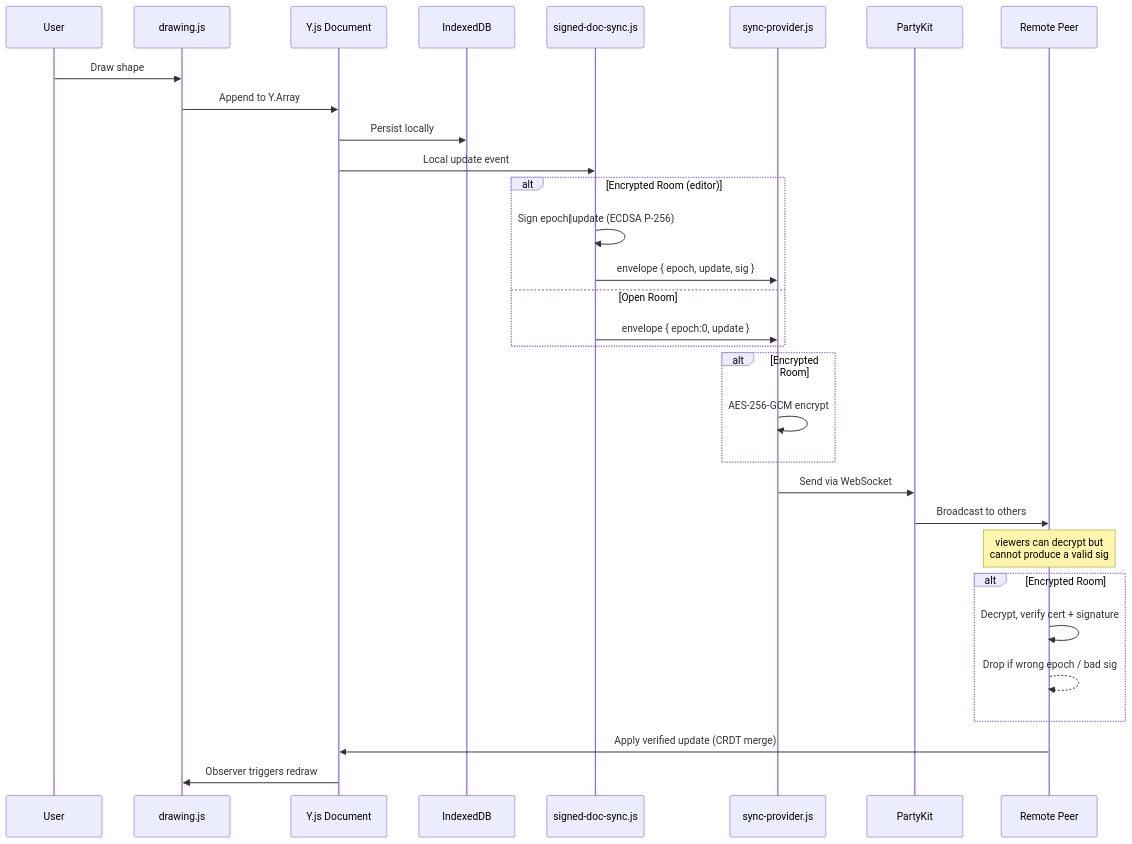
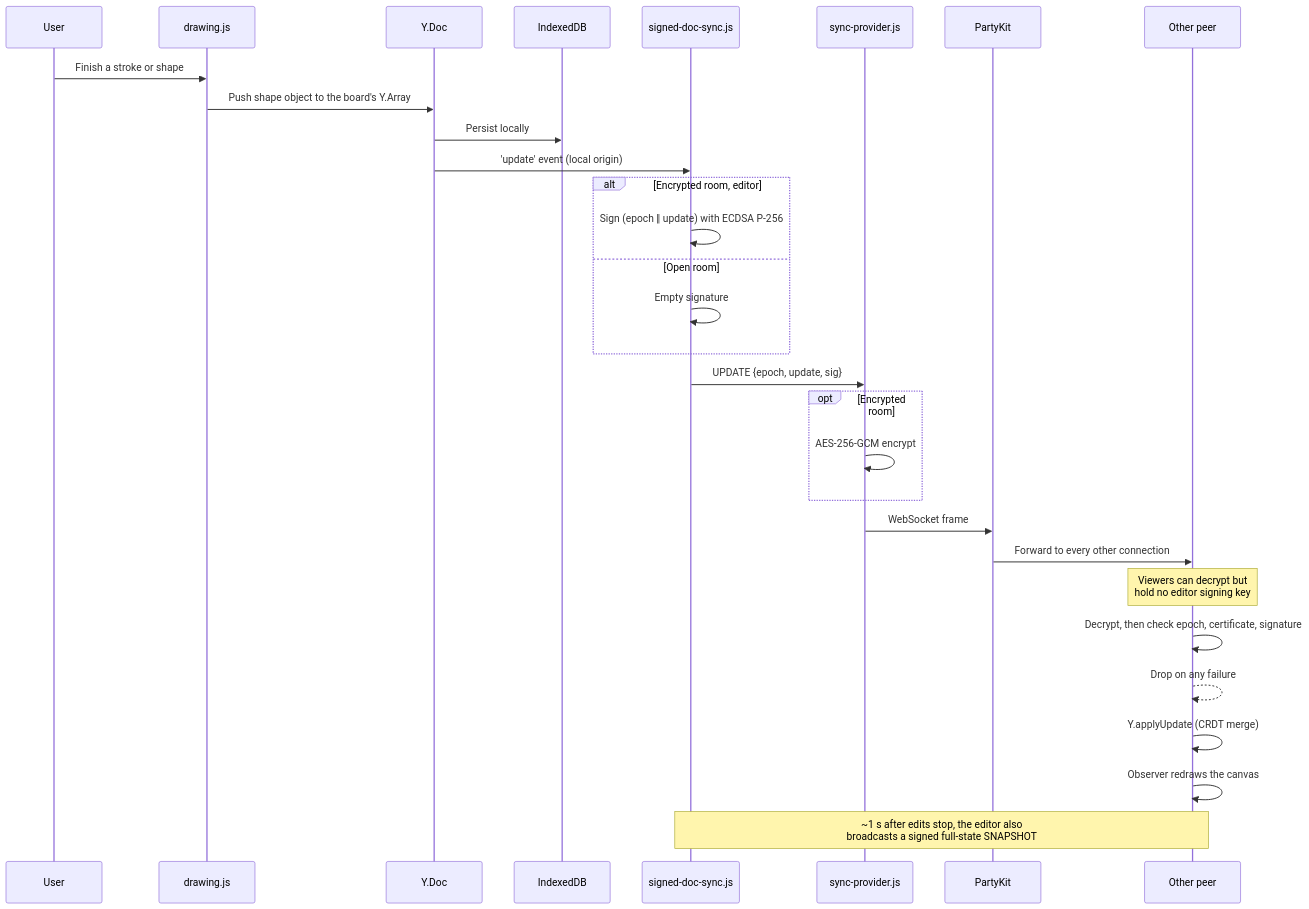
Before and after one commit to Technical-1/Private-Collab-Whiteboard: the second of 2 diagrams in .portfolio/architecture.md, drawn with Mermaid. The commit also changed other lines of this file and 3 other files, not shown here.

````diff
--- a/.portfolio/architecture.md
+++ b/.portfolio/architecture.md
@@ -76,39 +90,36 @@
 ```mermaid
 sequenceDiagram
     participant User
     participant Canvas as drawing.js
-    participant YDoc as Y.js Document
+    participant YDoc as Y.Doc
     participant IDB as IndexedDB
     participant Signed as signed-doc-sync.js
     participant Provider as sync-provider.js
-    participant Server as PartyKit
-    participant Peer as Remote Peer
+    participant Relay as PartyKit
+    participant Peer as Other peer
 
-    User->>Canvas: Draw shape
-    Canvas->>YDoc: Append to Y.Array
+    User->>Canvas: Finish a stroke or shape
+    Canvas->>YDoc: Push shape object to the board's Y.Array
     YDoc->>IDB: Persist locally
-    YDoc->>Signed: Local update event
+    YDoc->>Signed: 'update' event (local origin)
 
-    alt Encrypted Room (editor)
-        Signed->>Signed: Sign epoch‖update (ECDSA P-256)
-        Signed->>Provider: envelope { epoch, update, sig }
-    else Open Room
-        Signed->>Provider: envelope { epoch:0, update }
+    alt Encrypted room, editor
+        Signed->>Signed: Sign (epoch ‖ update) with ECDSA P-256
+    else Open room
+        Signed->>Signed: Empty signature
     end
-
-    alt Encrypted Room
+    Signed->>Provider: UPDATE {epoch, update, sig}
+    opt Encrypted room
         Provider->>Provider: AES-256-GCM encrypt
     end
-    Provider->>Server: Send via WebSocket
-    Server->>Peer: Broadcast to others
+    Provider->>Relay: WebSocket frame
+    Relay->>Peer: Forward to every other connection
 
-    Note over Peer: viewers can decrypt but<br>cannot produce a valid sig
+    Note over Peer: Viewers can decrypt but<br>hold no editor signing key
+    Peer->>Peer: Decrypt, then check epoch, certificate, signature
+    Peer-->>Peer: Drop on any failure
+    Peer->>Peer: Y.applyUpdate (CRDT merge)
+    Peer->>Peer: Observer redraws the canvas
 
-    alt Encrypted Room
-        Peer->>Peer: Decrypt, verify cert + signature
-        Peer-->>Peer: Drop if wrong epoch / bad sig
-    end
-
-    Peer->>YDoc: Apply verified update (CRDT merge)
-    YDoc->>Canvas: Observer triggers redraw
+    Note over Signed,Peer: ~1 s after edits stop, the editor also<br>broadcasts a signed full-state SNAPSHOT
 ```
````
